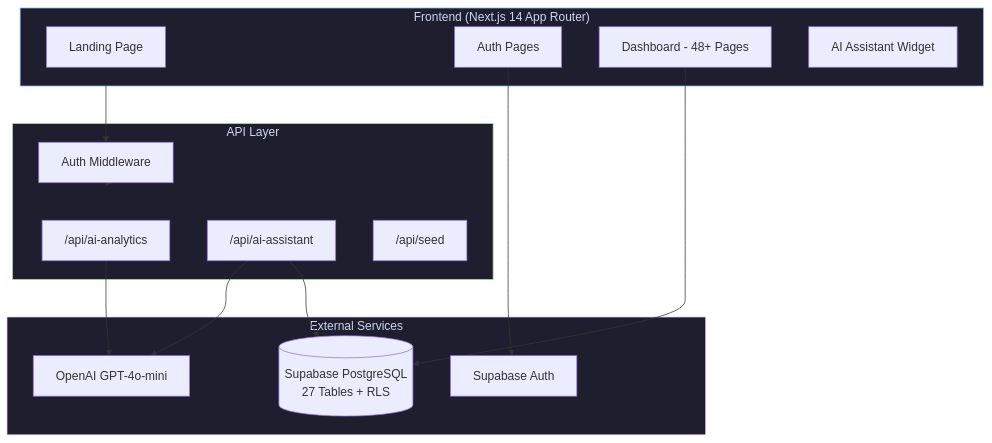
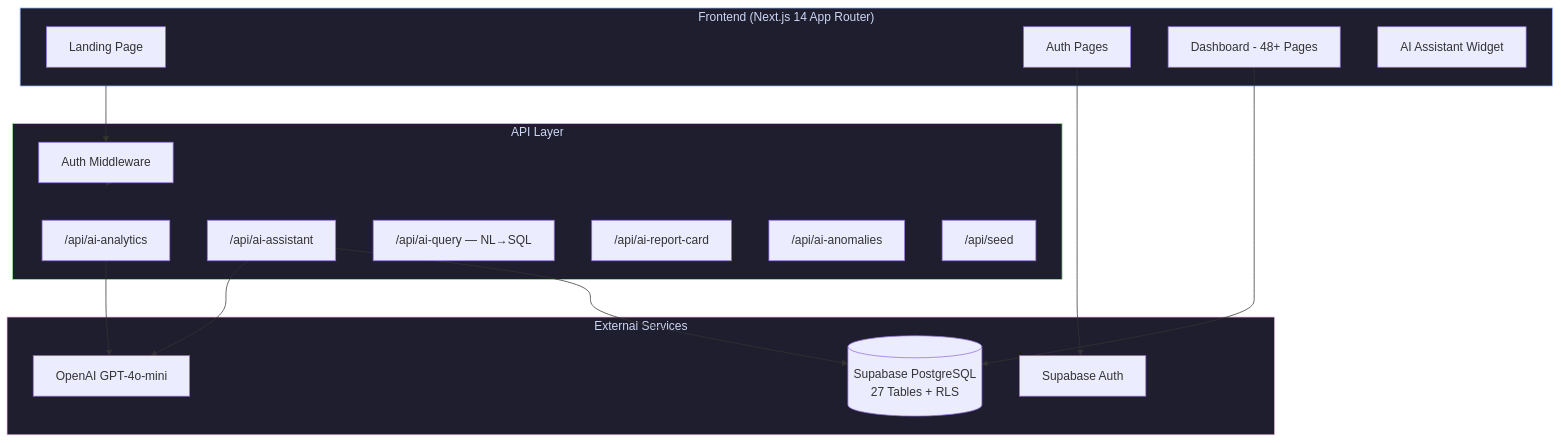
Before and after one commit to AI-Kurukshetra/scholarsync: the diagram in README.md, drawn with Mermaid. The commit also changed other lines of this file and 11 other files, not shown here.

First line of the commit message:
feat: add 3 novel AI features — NL→SQL query, AI report cards, anomaly detection

````diff
--- a/README.md
+++ b/README.md
@@ -49,34 +49,37 @@
 ```mermaid
 graph TB
     subgraph Client["Frontend (Next.js 14 App Router)"]
         LP[Landing Page]
         Auth[Auth Pages]
         Dashboard[Dashboard - 48+ Pages]
         AI_Widget[AI Assistant Widget]
     end
 
     subgraph API["API Layer"]
         MW[Auth Middleware]
         AI_Analytics["/api/ai-analytics"]
         AI_Assistant["/api/ai-assistant"]
+        AI_Query["/api/ai-query — NL→SQL"]
+        AI_Report["/api/ai-report-card"]
+        AI_Anomaly["/api/ai-anomalies"]
         Seed["/api/seed"]
     end
 
     subgraph Services["External Services"]
         Supabase[(Supabase PostgreSQL\n27 Tables + RLS)]
         SupaAuth[Supabase Auth]
         OpenAI[OpenAI GPT-4o-mini]
     end
 
     Client --> MW
     MW --> API
     AI_Analytics --> OpenAI
     AI_Assistant --> OpenAI
     Dashboard --> Supabase
     Auth --> SupaAuth
     AI_Assistant --> Supabase
 
     style Client fill:#1e1e2e,stroke:#89b4fa,color:#cdd6f4
     style API fill:#1e1e2e,stroke:#a6e3a1,color:#cdd6f4
     style Services fill:#1e1e2e,stroke:#f5c2e7,color:#cdd6f4
 ```
````
